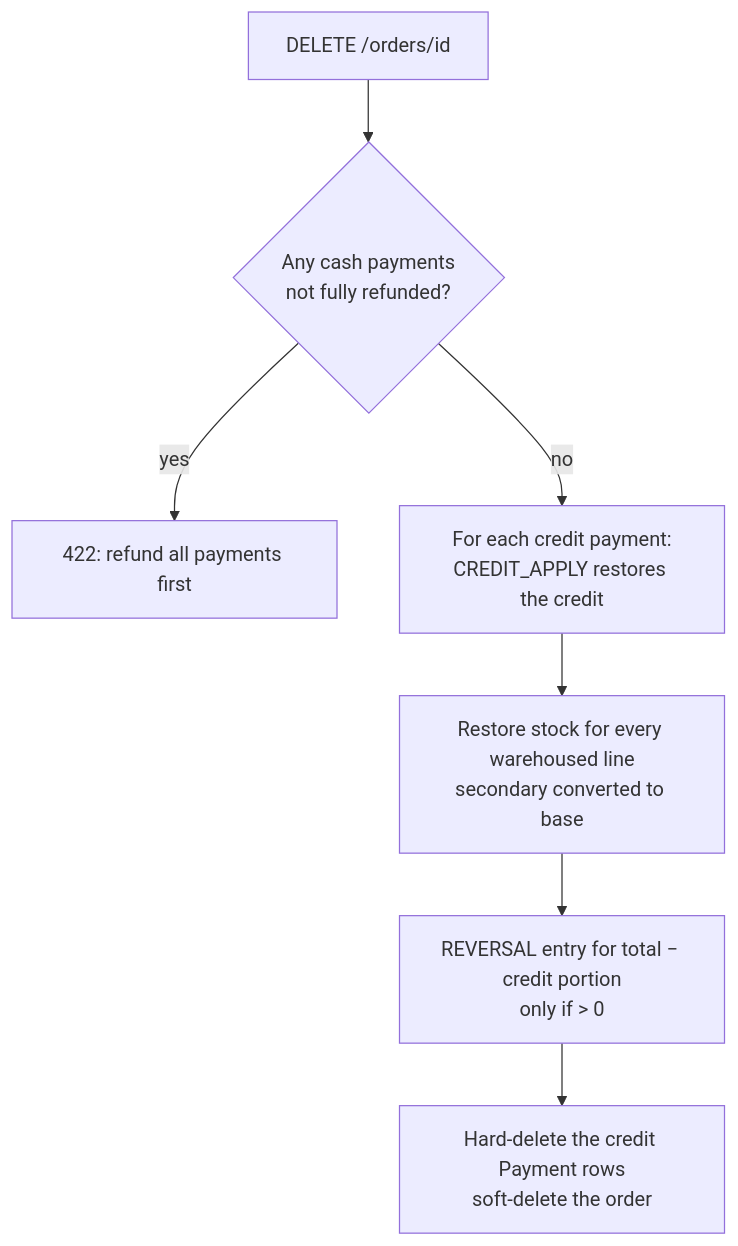
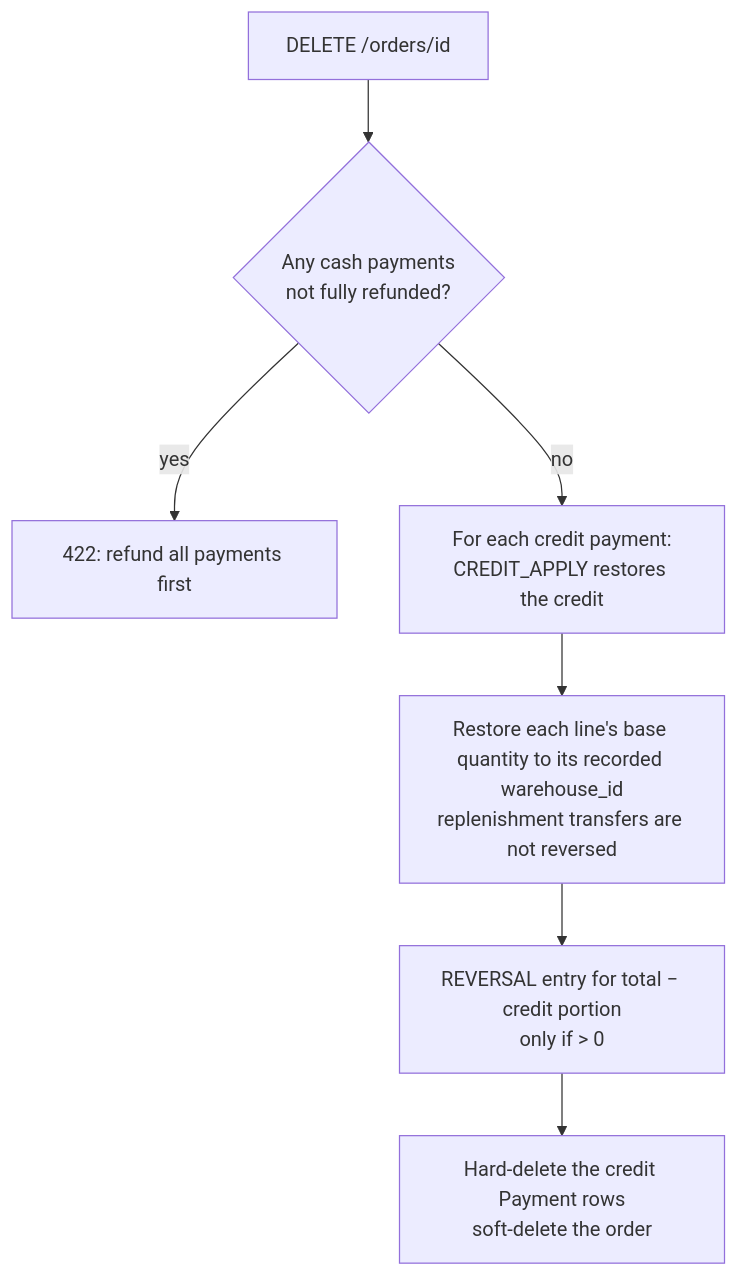
Before and after one commit to AhmedNoaman602/multidukkan: the second of 2 diagrams in docs/07-business-rules/order-lifecycle.md, drawn with Mermaid. The commit also changed other lines of this file and 4 other files, not shown here.

````diff
--- a/docs/07-business-rules/order-lifecycle.md
+++ b/docs/07-business-rules/order-lifecycle.md
@@ -52,9 +55,9 @@
 ```mermaid
 flowchart TD
     A[DELETE /orders/id] --> B{Any cash payments<br/>not fully refunded?}
     B -- yes --> X[422: refund all payments first]
     B -- no --> C[For each credit payment:<br/>CREDIT_APPLY restores the credit]
-    C --> D[Restore stock for every warehoused line<br/>secondary converted to base]
+    C --> D[Restore each line's base quantity to its recorded warehouse_id<br/>replenishment transfers are not reversed]
     D --> E[REVERSAL entry for total − credit portion<br/>only if > 0]
     E --> F[Hard-delete the credit Payment rows<br/>soft-delete the order]
 ```
````
